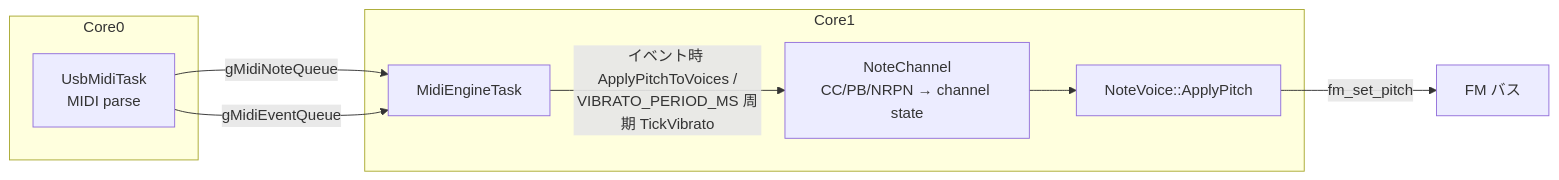
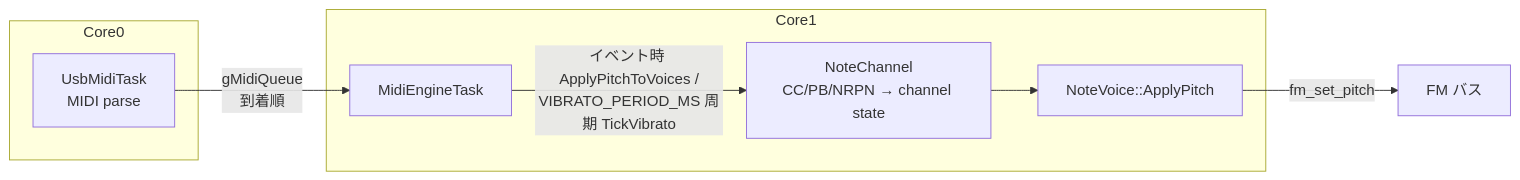
The diagram in doc/design_effect.md (46nori/FMSynthEnsembleV3), drawn with Mermaid before and after one commit. The commit also changed 30 other files, not shown here.

````diff
--- a/doc/design_effect.md
+++ b/doc/design_effect.md
@@ -113,16 +113,15 @@
 ```mermaid
 flowchart LR
     subgraph Core0
         USB["UsbMidiTask<br>MIDI parse"]
     end
     subgraph Core1
         ENGINE["MidiEngineTask"]
         NC["NoteChannel<br>CC/PB/NRPN → channel state"]
         NV["NoteVoice::ApplyPitch"]
     end
-    USB -- gMidiNoteQueue --> ENGINE
-    USB -- gMidiEventQueue --> ENGINE
+    USB -- "gMidiQueue<br>到着順" --> ENGINE
     ENGINE -- "イベント時 ApplyPitchToVoices /<br>VIBRATO_PERIOD_MS 周期 TickVibrato" --> NC
     NC --> NV
     NV -- fm_set_pitch --> FM["FM バス"]
 ```
````
